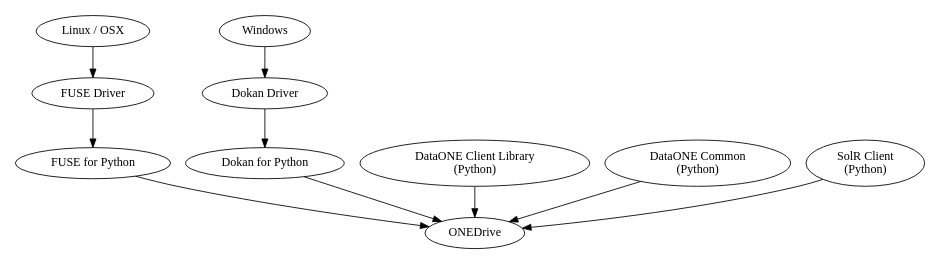
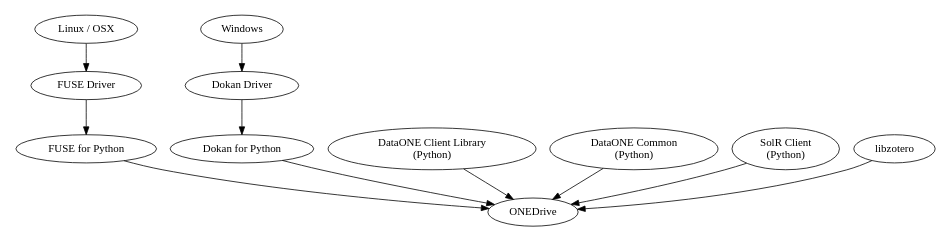
The first of 2 diagrams in doc/source/architecture.rst (DataONEorg/d1_client_onedrive), drawn with Graphviz before and after one commit. The commit also changed other lines of this file and 5 other files, not shown here.

```diff
--- a/doc/source/architecture.rst
+++ b/doc/source/architecture.rst
@@ -4,11 +4,12 @@
 .. graphviz::
 
   digraph G {
     size = "8,20";
     ratio = "compress";
     "Linux / OSX" -> "FUSE Driver" -> "FUSE for Python" -> "ONEDrive";
     "Windows" -> "Dokan Driver" -> "Dokan for Python" -> "ONEDrive";
     "DataONE Client Library\n(Python)" -> "ONEDrive";
     "DataONE Common\n(Python)" -> "ONEDrive";
     "SolR Client\n(Python)" -> "ONEDrive";
+    libzotero -> ONEDrive;
   }
```
